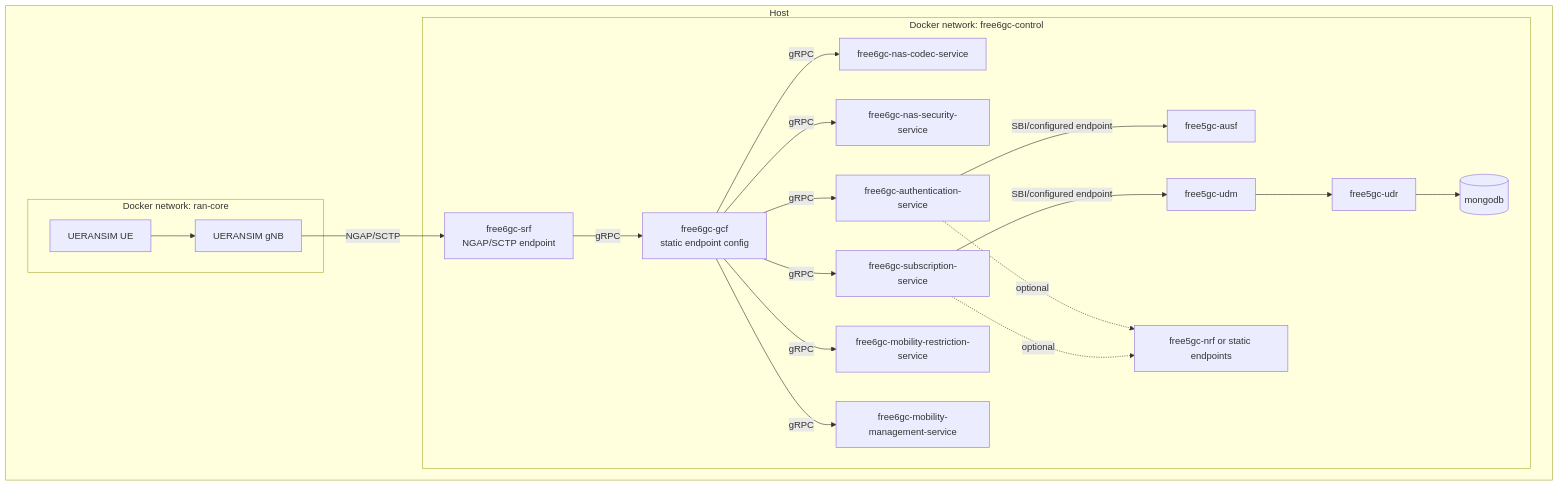
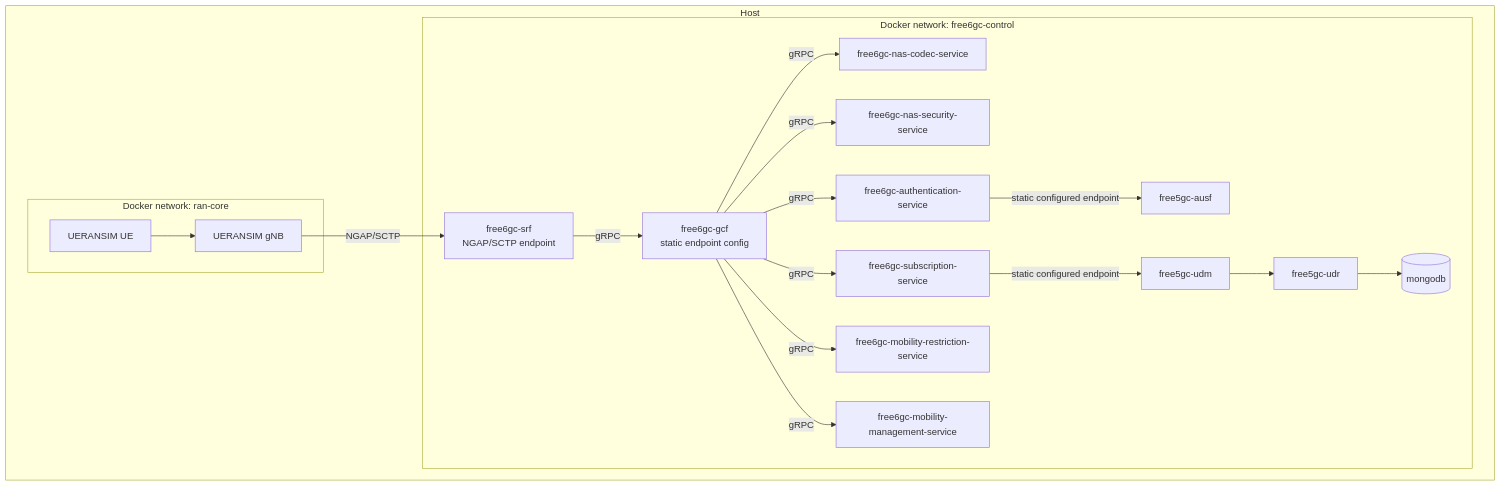
Before and after one commit to acore2026/docs: the tenth of 16 diagrams in orange-prototype-wiki/free6gc-initial-design.md, drawn with Mermaid. The commit also changed other lines of this file, not shown here.

Commit message:
Make Free6GC milestone one Compose only

````diff
--- a/orange-prototype-wiki/free6gc-initial-design.md
+++ b/orange-prototype-wiki/free6gc-initial-design.md
@@ -472,41 +497,38 @@
 ```mermaid
 flowchart TB
     subgraph HOST[Host]
         subgraph RAN[Docker network: ran-core]
             UE[UERANSIM UE]
             GNB[UERANSIM gNB]
             UE --> GNB
         end
 
         subgraph CTRL[Docker network: free6gc-control]
             SRF[free6gc-srf<br/>NGAP/SCTP endpoint]
             GCF[free6gc-gcf<br/>static endpoint config]
             NASC[free6gc-nas-codec-service]
             NASS[free6gc-nas-security-service]
             AUTH[free6gc-authentication-service]
             SUB[free6gc-subscription-service]
             MR[free6gc-mobility-restriction-service]
             MM[free6gc-mobility-management-service]
             AUSF[free5gc-ausf]
             UDM[free5gc-udm]
             UDR[free5gc-udr]
-            NRF[free5gc-nrf or static endpoints]
             DB[(mongodb)]
         end
     end
 
     GNB -->|NGAP/SCTP| SRF
     SRF -->|gRPC| GCF
     GCF -->|gRPC| NASC
     GCF -->|gRPC| NASS
     GCF -->|gRPC| AUTH
     GCF -->|gRPC| SUB
     GCF -->|gRPC| MR
     GCF -->|gRPC| MM
-    AUTH -->|SBI/configured endpoint| AUSF
-    SUB -->|SBI/configured endpoint| UDM
+    AUTH -->|static configured endpoint| AUSF
+    SUB -->|static configured endpoint| UDM
     UDM --> UDR
     UDR --> DB
-    AUTH -. optional .-> NRF
-    SUB -. optional .-> NRF
 ```
````
